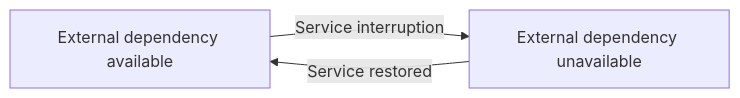
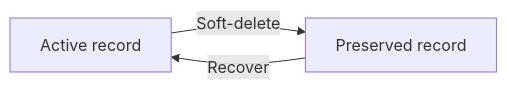
The fourth of 5 diagrams in openai/gpt-5.4-mini/shopping/docs/analysis/05-non-functional.md (wrtnlabs/autobe-examples), drawn with Mermaid before and after one commit. The commit also changed other lines of this file and 9017 other files, not shown here.

````diff
--- a/openai/gpt-5.4-mini/shopping/docs/analysis/05-non-functional.md
+++ b/openai/gpt-5.4-mini/shopping/docs/analysis/05-non-functional.md
@@ -158,5 +132,5 @@
 ```mermaid
 flowchart LR
-    A["External dependency available"] -->|"Service interruption"| B["External dependency unavailable"]
-    B -->|"Service restored"| A
+    A["Active record"] -->|"Soft-delete"| B["Preserved record"]
+    B -->|"Recover"| A
 ```
````
